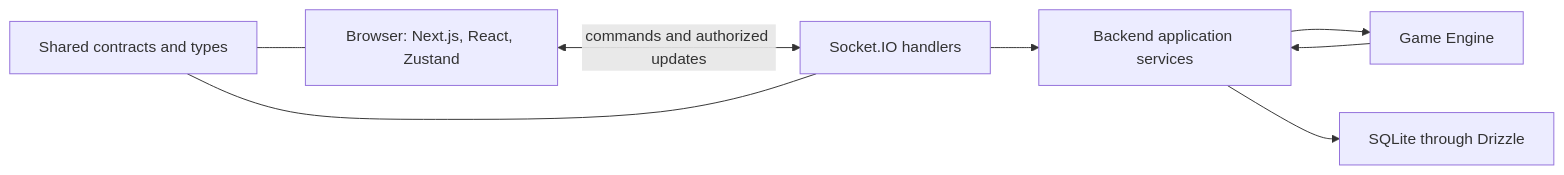
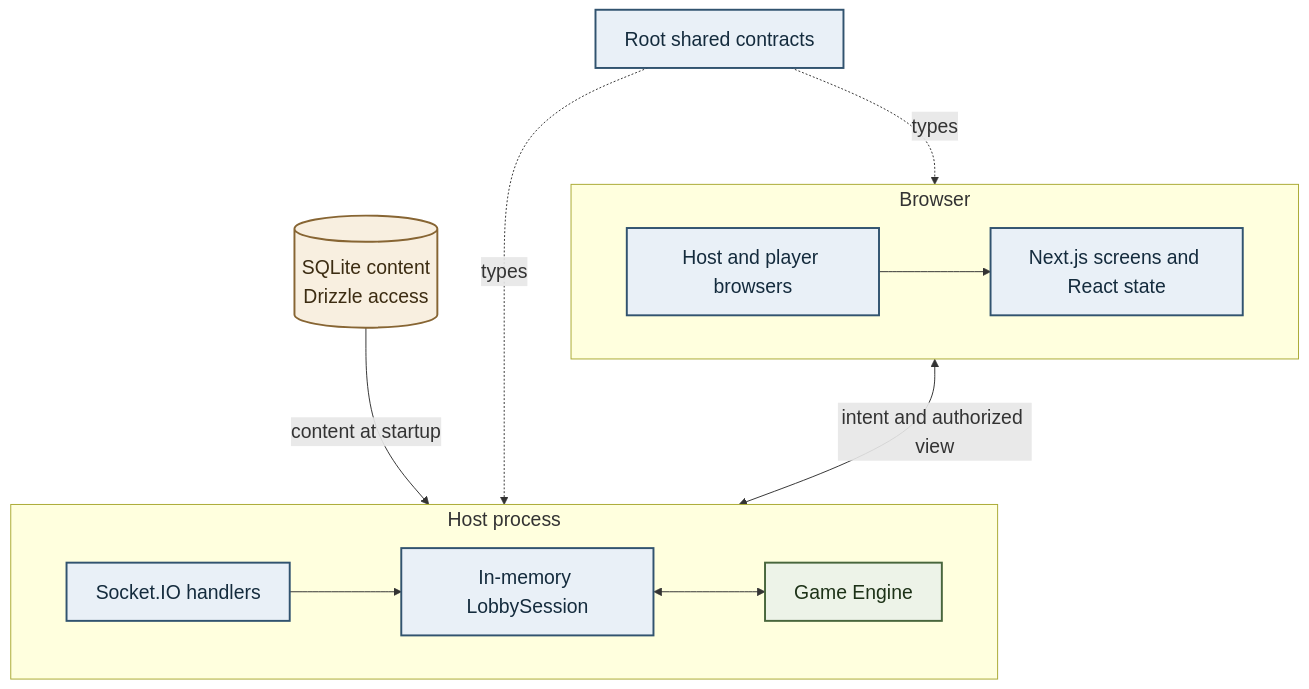
Before and after one commit to idn03/Noname: the diagram in docs/for-human/project-architecture.md, drawn with Mermaid. The commit also changed other lines of this file and 11 other files, not shown here.

First line of the commit message:
Refactor project architecture documentation and add feature flow diagrams

````diff
--- a/docs/for-human/project-architecture.md
+++ b/docs/for-human/project-architecture.md
@@ -13,17 +9,33 @@
 ```mermaid
-flowchart LR
-    Browser[Browser: Next.js, React, Zustand]
-    Shared[Shared contracts and types]
-    Socket[Socket.IO handlers]
-    Services[Backend application services]
-    Engine[Game Engine]
-    DB[SQLite through Drizzle]
+%%{init: {'themeVariables': {'fontSize': '20px'}, 'flowchart': {'nodeSpacing': 70, 'rankSpacing': 90, 'curve': 'basis'}}}%%
+flowchart TB
+    subgraph CLIENT[Browser]
+        direction LR
+        Browser[Host and player browsers]
+        UI[Next.js screens and React state]
+        Browser --> UI
+    end
 
-    Browser <-->|commands and authorized updates| Socket
-    Shared --- Browser
-    Shared --- Socket
-    Socket --> Services
-    Services --> Engine
-    Services --> DB
-    Engine --> Services
+    subgraph HOST[Host process]
+        direction LR
+        Socket[Socket.IO handlers]
+        Session[In-memory LobbySession]
+        Engine[Game Engine]
+        Socket --> Session
+        Session <--> Engine
+    end
+
+    DB[(SQLite content\nDrizzle access)]
+    UI <-->|intent and authorized view| Socket
+    DB -->|content at startup| Session
+    Contracts[Root shared contracts]
+    Contracts -. types .-> UI
+    Contracts -. types .-> Socket
+
+    classDef app fill:#e9f0f7,stroke:#31536f,stroke-width:2px,color:#142b3d,font-size:20px;
+    classDef domain fill:#edf3e8,stroke:#48663c,stroke-width:2px,color:#1d3217,font-size:20px;
+    classDef storage fill:#f8efe0,stroke:#876533,stroke-width:2px,color:#3c2c12,font-size:20px;
+    class Browser,UI,Socket,Session,Contracts app;
+    class Engine domain;
+    class DB storage;
 ```
````
